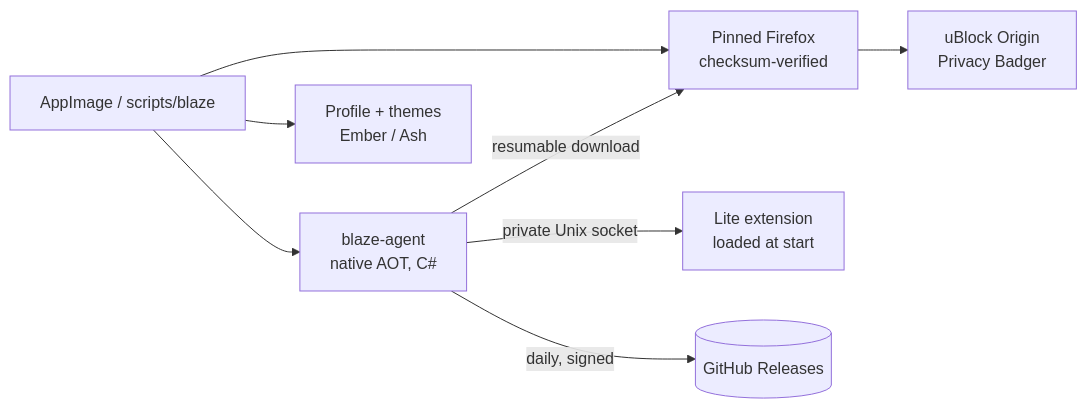
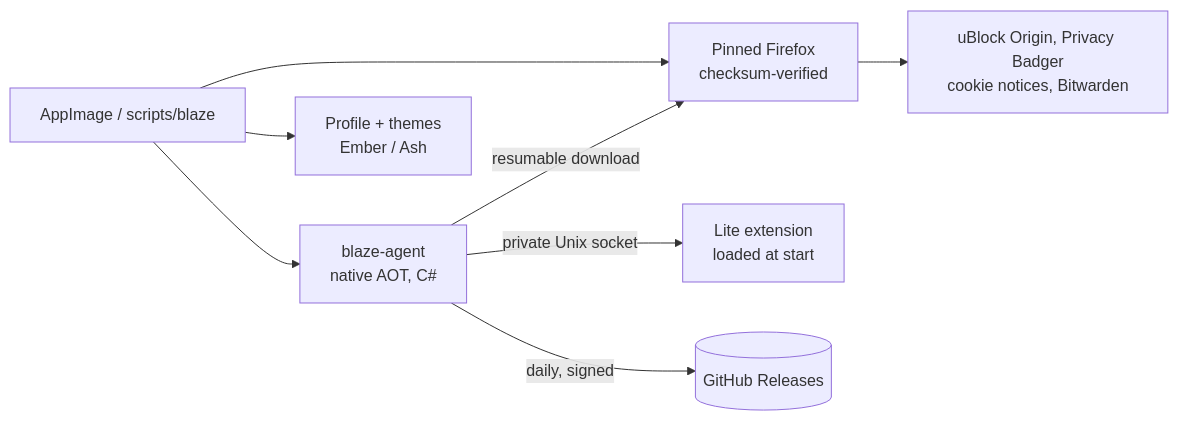
The diagram in README.md (vezzulab/blaze), drawn with Mermaid before and after one commit. The commit also changed other lines of this file and 30 other files, not shown here.

First line of the commit message:
Make the owner's Blaze the default: grouped extensions, DuckDuckGo, Bitwarden and cookie-notice extension, Blaze About dialog, no remote-control robot

````diff
--- a/README.md
+++ b/README.md
@@ -126,10 +127,10 @@
 ```mermaid
 flowchart LR
     A[AppImage / scripts/blaze] --> B[blaze-agent<br/>native AOT, C#]
     A --> C[Pinned Firefox<br/>checksum-verified]
     B -- resumable download --> C
     B -- private Unix socket --> D[Lite extension<br/>loaded at start]
     A --> E[Profile + themes<br/>Ember / Ash]
     B -- daily, signed --> F[(GitHub Releases)]
-    C --> G[uBlock Origin<br/>Privacy Badger]
+    C --> G[uBlock Origin, Privacy Badger<br/>cookie notices, Bitwarden]
 ```
````
